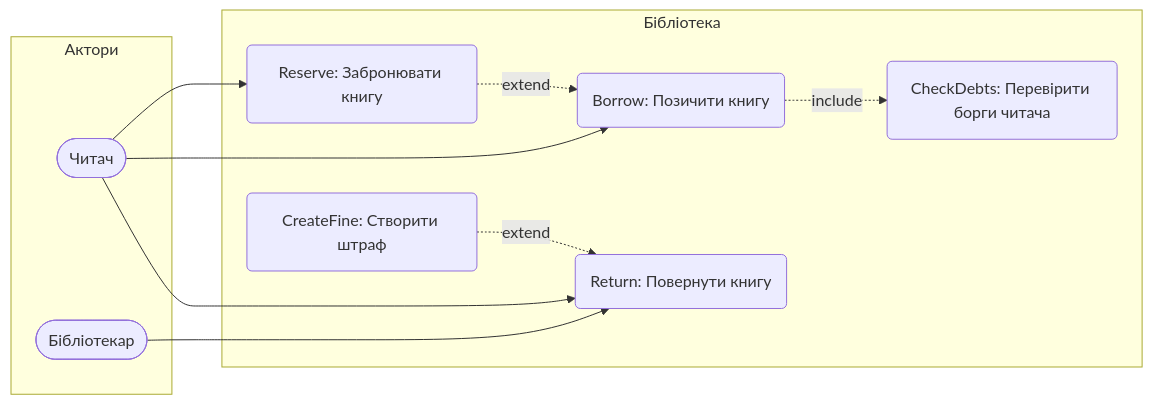
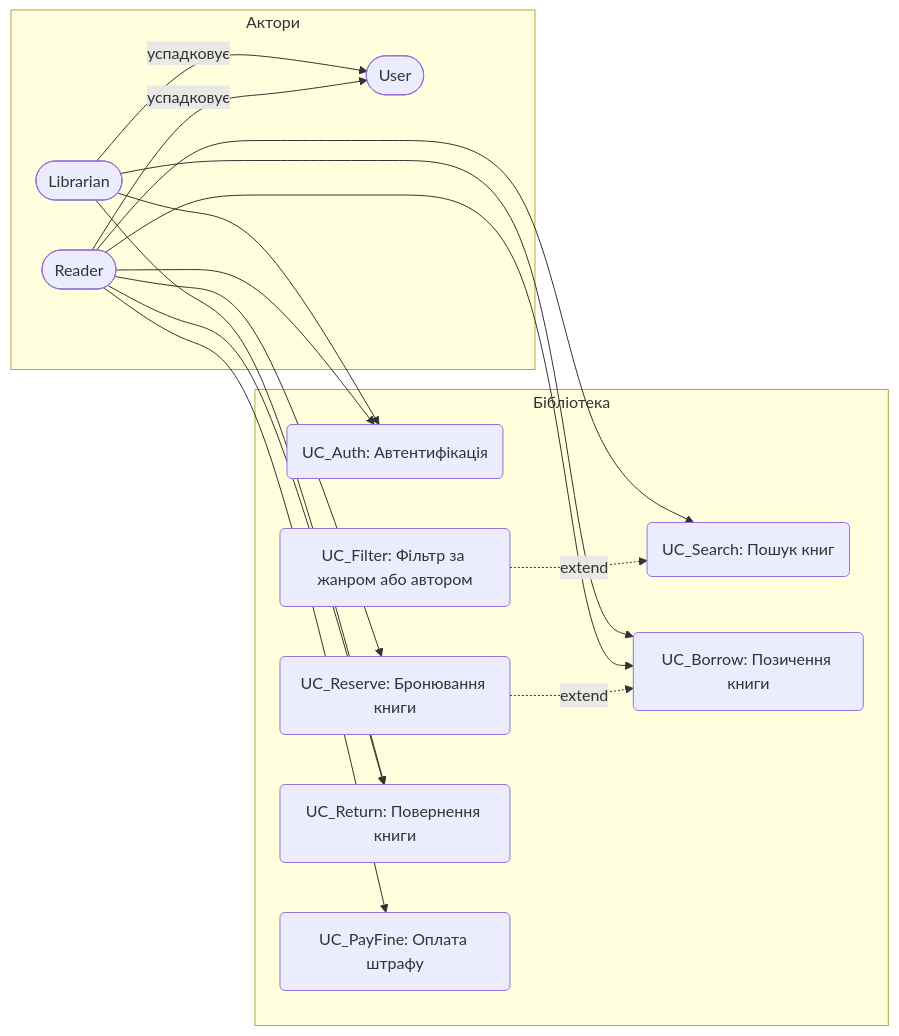
Before and after one commit to veronikapaschenkor29-png/Library-Modeling-and-Analysis-of-Software-Requirements: the diagram in task-2/README.md, drawn with Mermaid. The commit also changed other lines of this file and 6 other files, not shown here.

````diff
--- a/task-2/README.md
+++ b/task-2/README.md
@@ -111,24 +168,33 @@
 ```mermaid
 flowchart LR
     subgraph Actors ["Актори"]
-        Reader([Читач])
-        Librarian([Бібліотекар])
+        User([User])
+        Reader([Reader])
+        Librarian([Librarian])
+        Reader -->|успадковує| User
+        Librarian -->|успадковує| User
     end
 
     subgraph Library ["Бібліотека"]
-        Borrow("Borrow: Позичити книгу")
-        CheckDebts("CheckDebts: Перевірити борги читача")
-        Return("Return: Повернути книгу")
-        CreateFine("CreateFine: Створити штраф")
-        Reserve("Reserve: Забронювати книгу")
+        UC_Auth("UC_Auth: Автентифікація")
+        UC_Search("UC_Search: Пошук книг")
+        UC_Filter("UC_Filter: Фільтр за жанром або автором")
+        UC_Borrow("UC_Borrow: Позичення книги")
+        UC_Reserve("UC_Reserve: Бронювання книги")
+        UC_Return("UC_Return: Повернення книги")
+        UC_PayFine("UC_PayFine: Оплата штрафу")
 
-        Borrow -. include .-> CheckDebts
-        Reserve -. extend .-> Borrow
-        CreateFine -. extend .-> Return
+        UC_Filter -. extend .-> UC_Search
+        UC_Reserve -. extend .-> UC_Borrow
     end
 
-    Reader --> Borrow
-    Reader --> Return
-    Reader --> Reserve
-    Librarian --> Return
+    Reader --> UC_Auth
+    Reader --> UC_Search
+    Reader --> UC_Borrow
+    Reader --> UC_Reserve
+    Reader --> UC_Return
+    Reader --> UC_PayFine
+    Librarian --> UC_Auth
+    Librarian --> UC_Borrow
+    Librarian --> UC_Return
 ```
````
